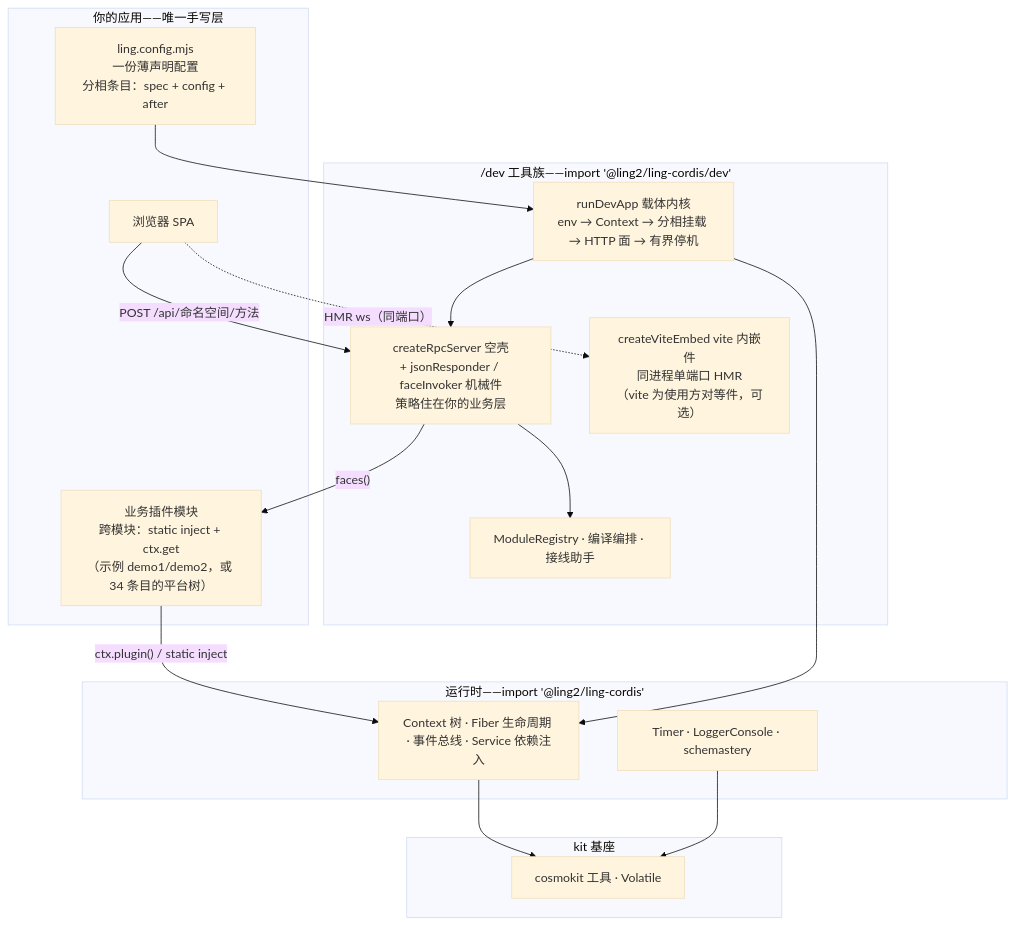
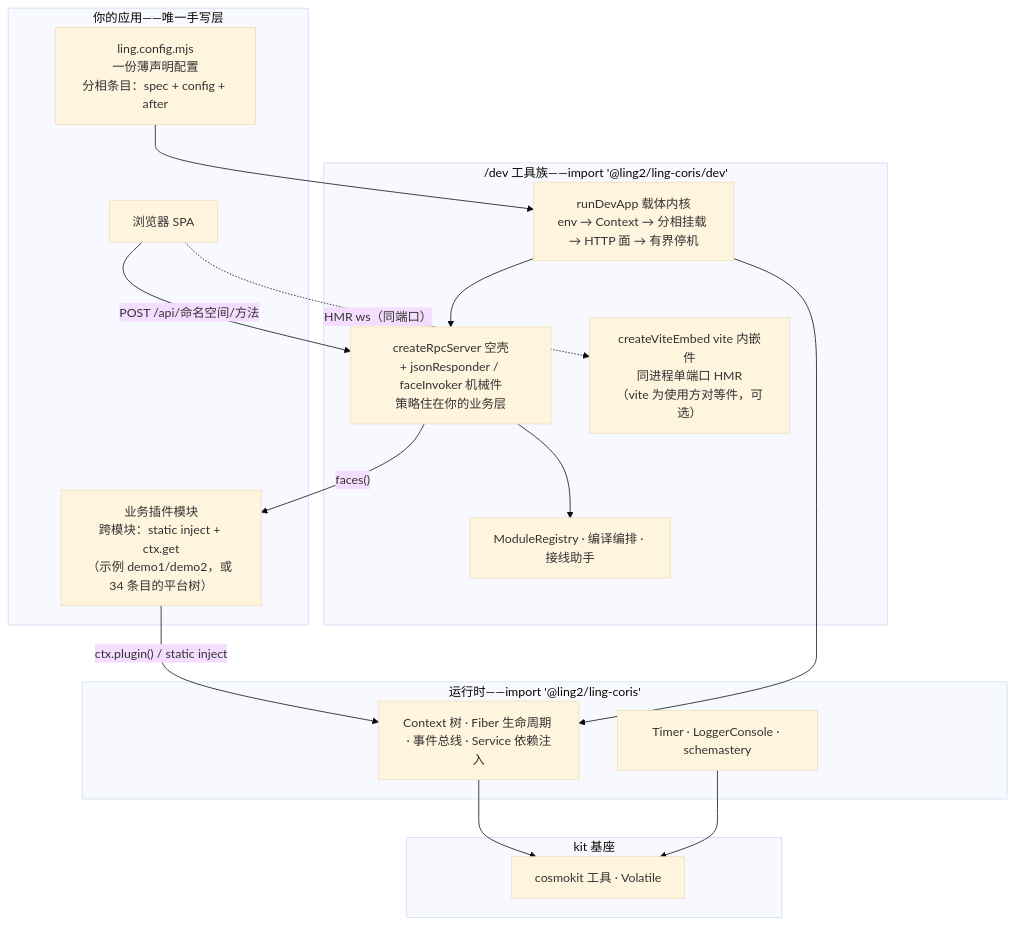
One commit to ling2-2y2/ling-cordis changed the diagram in README.zh-CN.md. Above: the diagram before and after it, drawn with Mermaid (base theme). The commit also changed other lines of this file and 60 other files, not shown here.

Commit message:
chore(rename): ling-cordis → ling-coris——npm 新包 @ling2/ling-coris 0.0.1 起版（用户裁定 2026-10-28；旧包 @ling2/ling-cordis 随后废弃标注指向本包；GitHub/Gitee 仓同步更名）

````diff
--- a/README.zh-CN.md
+++ b/README.zh-CN.md
@@ -35,32 +35,32 @@
 ```mermaid
 flowchart TD
   subgraph L4["你的应用——唯一手写层"]
     CFG["ling.config.mjs<br/>一份薄声明配置<br/>分相条目：spec + config + after"]
     MOD["业务插件模块<br/>跨模块：static inject + ctx.get<br/>（示例 demo1/demo2，或 34 条目的平台树）"]
     FE["浏览器 SPA"]
   end
-  subgraph L3["/dev 工具族——import '@ling2/ling-cordis/dev'"]
+  subgraph L3["/dev 工具族——import '@ling2/ling-coris/dev'"]
     KERNEL["runDevApp 载体内核<br/>env → Context → 分相挂载 → HTTP 面 → 有界停机"]
     GW["createRpcServer 空壳<br/>+ jsonResponder / faceInvoker 机械件<br/>策略住在你的业务层"]
     HMR["createViteEmbed vite 内嵌件<br/>同进程单端口 HMR<br/>（vite 为使用方对等件，可选）"]
     UTILS["ModuleRegistry · 编译编排 · 接线助手"]
   end
-  subgraph L2["运行时——import '@ling2/ling-cordis'"]
+  subgraph L2["运行时——import '@ling2/ling-coris'"]
     CORE["Context 树 · Fiber 生命周期 · 事件总线 · Service 依赖注入"]
     PLUGINS["Timer · LoggerConsole · schemastery"]
   end
   subgraph L1["kit 基座"]
     KIT["cosmokit 工具 · Volatile"]
   end
 
   CFG --> KERNEL
   MOD -->|"ctx.plugin() / static inject"| CORE
   KERNEL --> GW
   KERNEL --> CORE
   GW --> UTILS
   FE -->|"POST /api/命名空间/方法"| GW
   FE -.->|"HMR ws（同端口）"| HMR
   GW -->|"faces()"| MOD
   CORE --> KIT
   PLUGINS --> KIT
 ```
````
